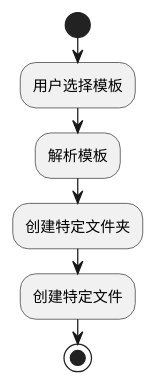
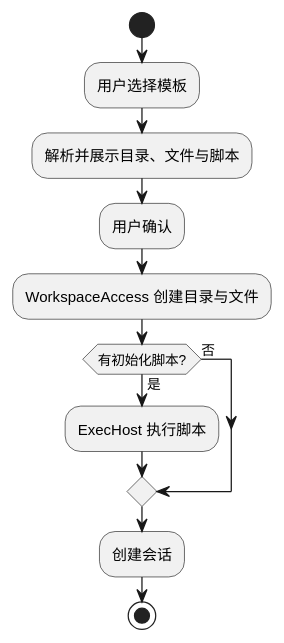
Before and after one commit to pisciculus0413/Pisces: the ninth of 10 diagrams in docs/1 High-Level Design/1 High-Level Design.md, drawn with PlantUML. The commit also changed other lines of this file, not shown here.

````diff
--- a/docs/1 High-Level Design/1 High-Level Design.md
+++ b/docs/1 High-Level Design/1 High-Level Design.md
@@ -569,10 +656,15 @@
 ```plantuml
 @startuml
 start
 :用户选择模板;
-:解析模板;
-:创建特定文件夹;
-:创建特定文件;
+:解析并展示目录、文件与脚本;
+:用户确认;
+:WorkspaceAccess 创建目录与文件;
+if (有初始化脚本?) then (是)
+  :ExecHost 执行脚本;
+else (否)
+endif
+:创建会话;
 stop
 @enduml
 ```
````
